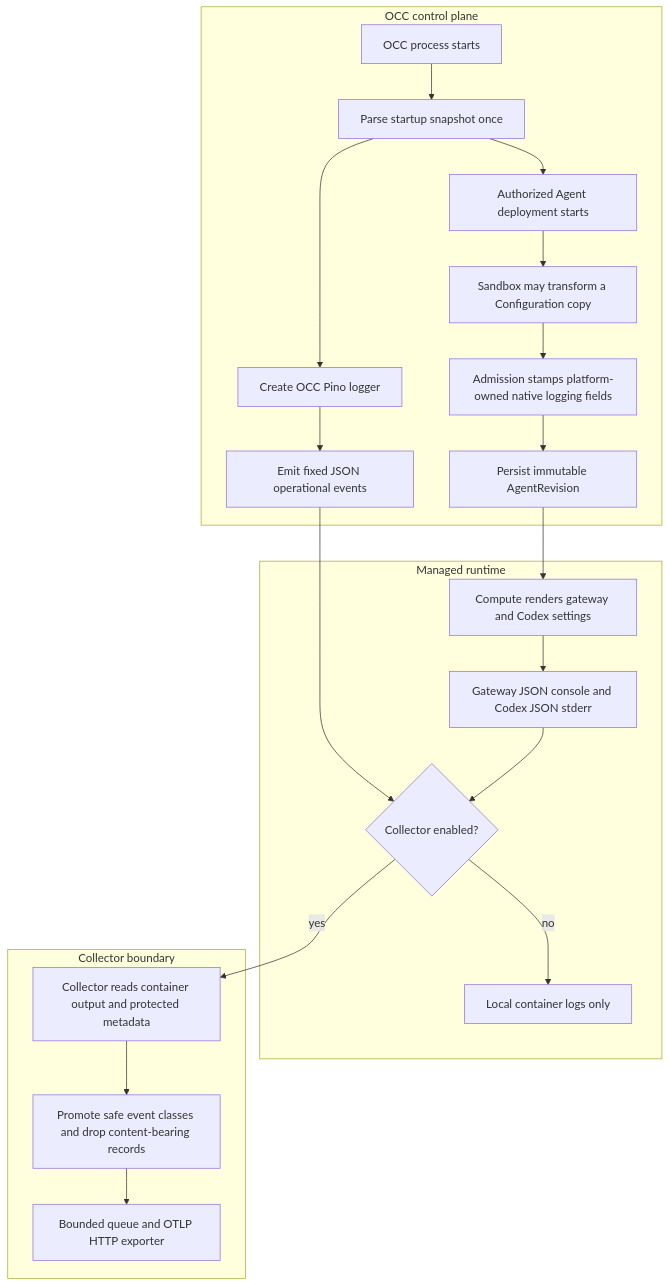
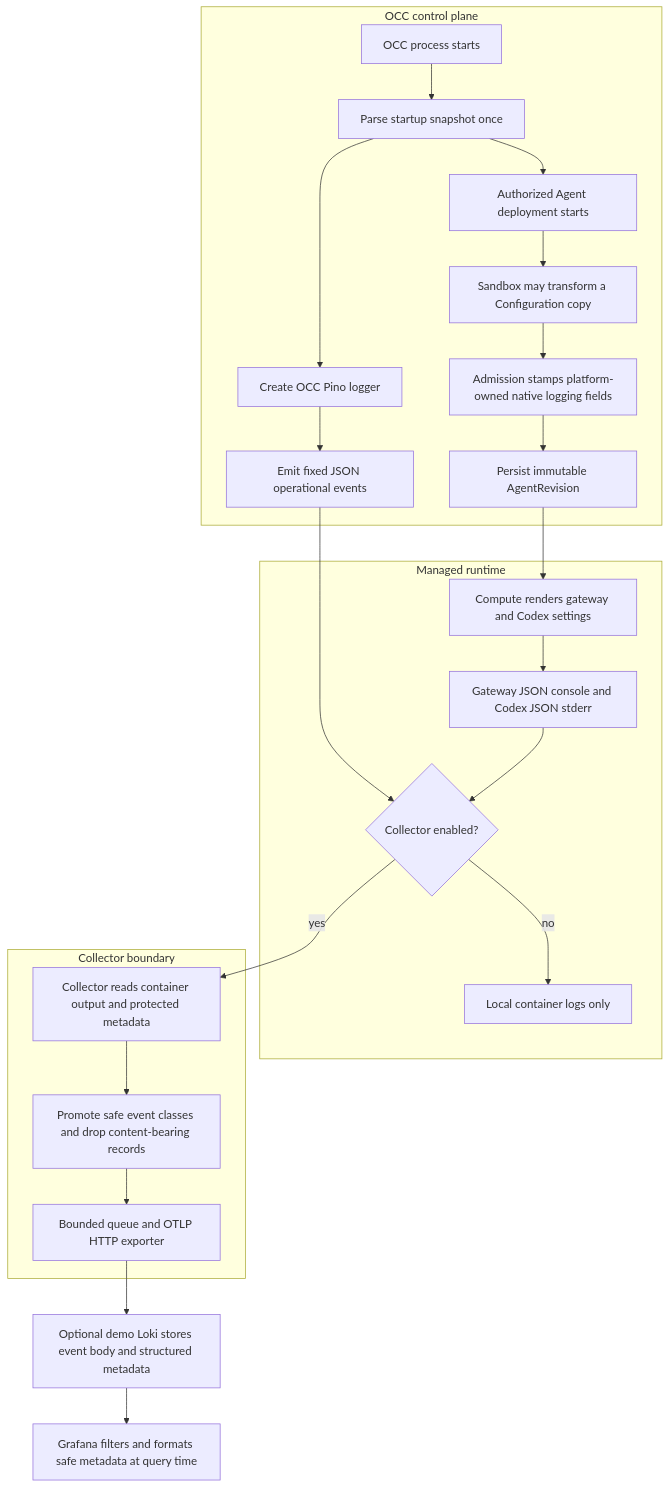
The diagram in docs/flows/common-logging.md (SebTardif/openclaw-enterprise), drawn with Mermaid before and after one commit. The commit also changed other lines of this file and 8 other files, not shown here.

````diff
--- a/docs/flows/common-logging.md
+++ b/docs/flows/common-logging.md
@@ -34,26 +34,28 @@
 ```mermaid
 graph TD
   subgraph OCC["OCC control plane"]
     A["OCC process starts"] --> B["Parse startup snapshot once"]
     B --> C["Create OCC Pino logger"]
     C --> D["Emit fixed JSON operational events"]
     B --> E["Authorized Agent deployment starts"]
     E --> F["Sandbox may transform a Configuration copy"]
     F --> G["Admission stamps platform-owned native logging fields"]
     G --> H["Persist immutable AgentRevision"]
   end
 
   subgraph Runtime["Managed runtime"]
     H --> I["Compute renders gateway and Codex settings"]
     I --> J["Gateway JSON console and Codex JSON stderr"]
     K -->|"no"| L["Local container logs only"]
   end
 
   subgraph Collector["Collector boundary"]
     D --> K{"Collector enabled?"}
     J --> K
     K -->|"yes"| M["Collector reads container output and protected metadata"]
     M --> N["Promote safe event classes and drop content-bearing records"]
     N --> O["Bounded queue and OTLP HTTP exporter"]
   end
+  O --> P["Optional demo Loki stores event body and structured metadata"]
+  P --> Q["Grafana filters and formats safe metadata at query time"]
 ```
````
